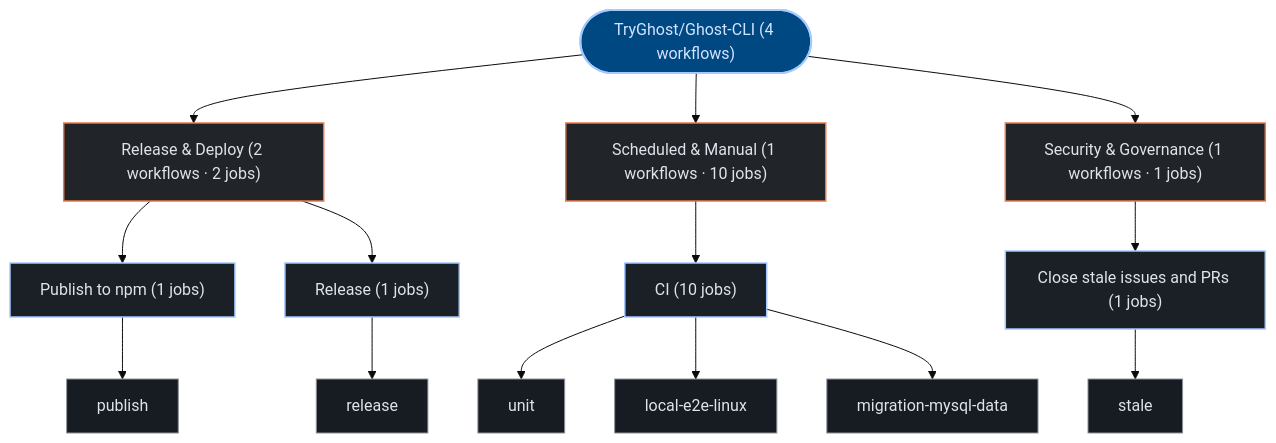
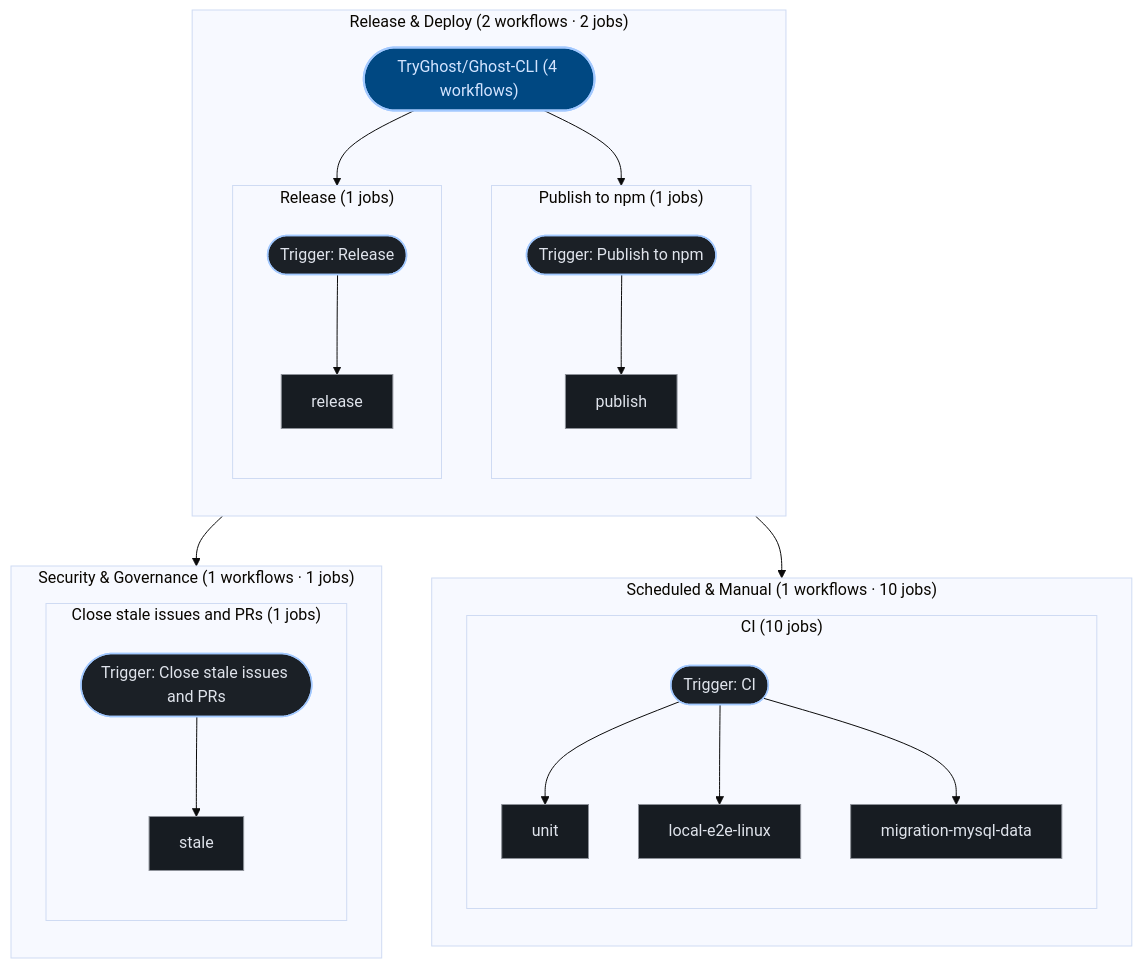
One commit to kumarshaz/atruss-code-atlas changed the second of 2 diagrams in exports/latest/reports/TryGhost-Ghost-CLI-report.md. Above: the diagram before and after it, drawn with Mermaid (base theme). The commit also changed 181 other files, not shown here.

````diff
--- a/exports/latest/reports/TryGhost-Ghost-CLI-report.md
+++ b/exports/latest/reports/TryGhost-Ghost-CLI-report.md
@@ -134,37 +134,52 @@
 ```mermaid
 graph TD;
   classDef atlasRoot fill:#004882,stroke:#a3c9ff,stroke-width:2px,color:#d3e4ff
   classDef atlasCategory fill:#212428,stroke:#E87A48,stroke-width:1.5px,color:#dfe3eb
   classDef atlasWorkflow fill:#1b2026,stroke:#a3c9ff,stroke-width:1.5px,color:#dfe3eb
   classDef atlasJob fill:#171c22,stroke:#8d9199,stroke-width:1px,color:#dfe3eb
   classDef atlasTarget fill:#005227,stroke:#8bd99b,stroke-width:1.5px,color:#a7f6b6
   classDef atlasAlert fill:#93000a,stroke:#ffb4ab,stroke-width:1.5px,color:#ffdad6
   classDef atlasMore fill:#252a31,stroke:#8d9199,stroke-dasharray:4 4,color:#c3c6cf
   pipeline_root(["TryGhost/Ghost-CLI (4 workflows)"]):::atlasRoot
-  grp_0_Release___Deploy["Release & Deploy (2 workflows · 2 jobs)"]:::atlasCategory
-  pipeline_root --> grp_0_Release___Deploy
-  wf_1_Publish_to_npm["Publish to npm (1 jobs)"]:::atlasWorkflow
-  grp_0_Release___Deploy --> wf_1_Publish_to_npm
-  job_1_publish["publish"]:::atlasJob
-  wf_1_Publish_to_npm --> job_1_publish
-  wf_2_Release["Release (1 jobs)"]:::atlasWorkflow
-  grp_0_Release___Deploy --> wf_2_Release
-  job_2_release["release"]:::atlasJob
-  wf_2_Release --> job_2_release
-  grp_1_Scheduled___Manual["Scheduled & Manual (1 workflows · 10 jobs)"]:::atlasCategory
-  pipeline_root --> grp_1_Scheduled___Manual
-  wf_0_CI["CI (10 jobs)"]:::atlasWorkflow
-  grp_1_Scheduled___Manual --> wf_0_CI
-  job_0_unit["unit"]:::atlasJob
-  job_0_local_e2e_linux["local-e2e-linux"]:::atlasJob
-  job_0_migration_mysql_data["migration-mysql-data"]:::atlasJob
-  wf_0_CI --> job_0_unit
-  wf_0_CI --> job_0_local_e2e_linux
-  wf_0_CI --> job_0_migration_mysql_data
-  grp_2_Security___Governance["Security & Governance (1 workflows · 1 jobs)"]:::atlasCategory
-  pipeline_root --> grp_2_Security___Governance
-  wf_3_Close_stale_issues_and_PRs["Close stale issues and PRs (1 jobs)"]:::atlasWorkflow
-  grp_2_Security___Governance --> wf_3_Close_stale_issues_and_PRs
-  job_3_stale["stale"]:::atlasJob
-  wf_3_Close_stale_issues_and_PRs --> job_3_stale
+  subgraph sg_grp_0_Release___Deploy["Release & Deploy (2 workflows · 2 jobs)"]
+    direction TB
+    subgraph sg_wf_1_Publish_to_npm["Publish to npm (1 jobs)"]
+      direction TB
+      wf_1_Publish_to_npm(["Trigger: Publish to npm"]):::atlasWorkflow
+      job_1_publish["publish"]:::atlasJob
+      wf_1_Publish_to_npm --> job_1_publish
+    end
+    pipeline_root --> wf_1_Publish_to_npm
+    subgraph sg_wf_2_Release["Release (1 jobs)"]
+      direction TB
+      wf_2_Release(["Trigger: Release"]):::atlasWorkflow
+      job_2_release["release"]:::atlasJob
+      wf_2_Release --> job_2_release
+    end
+    pipeline_root --> wf_2_Release
+  end
+  subgraph sg_grp_1_Scheduled___Manual["Scheduled & Manual (1 workflows · 10 jobs)"]
+    direction TB
+    subgraph sg_wf_0_CI["CI (10 jobs)"]
+      direction TB
+      wf_0_CI(["Trigger: CI"]):::atlasWorkflow
+      job_0_unit["unit"]:::atlasJob
+      job_0_local_e2e_linux["local-e2e-linux"]:::atlasJob
+      job_0_migration_mysql_data["migration-mysql-data"]:::atlasJob
+      wf_0_CI --> job_0_unit
+      wf_0_CI --> job_0_local_e2e_linux
+      wf_0_CI --> job_0_migration_mysql_data
+    end
+    pipeline_root --> wf_0_CI
+  end
+  subgraph sg_grp_2_Security___Governance["Security & Governance (1 workflows · 1 jobs)"]
+    direction TB
+    subgraph sg_wf_3_Close_stale_issues_and_PRs["Close stale issues and PRs (1 jobs)"]
+      direction TB
+      wf_3_Close_stale_issues_and_PRs(["Trigger: Close stale issues and PRs"]):::atlasWorkflow
+      job_3_stale["stale"]:::atlasJob
+      wf_3_Close_stale_issues_and_PRs --> job_3_stale
+    end
+    pipeline_root --> wf_3_Close_stale_issues_and_PRs
+  end
 ```
````
